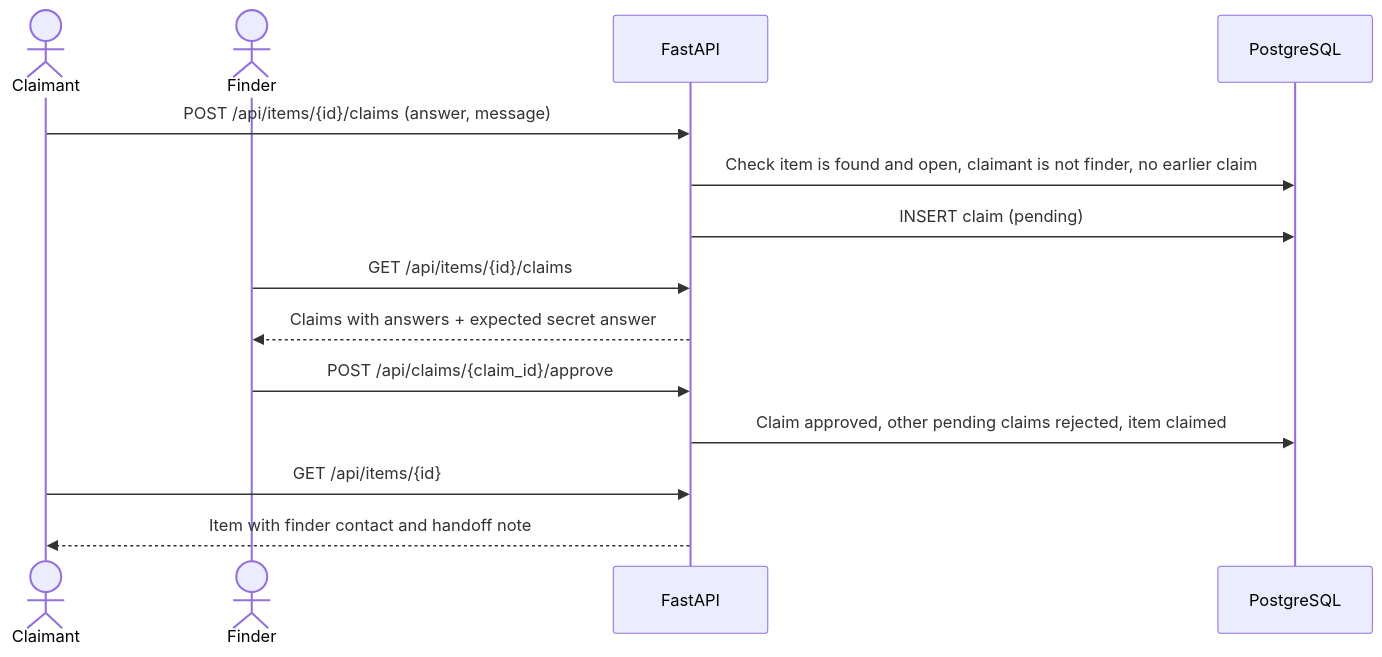
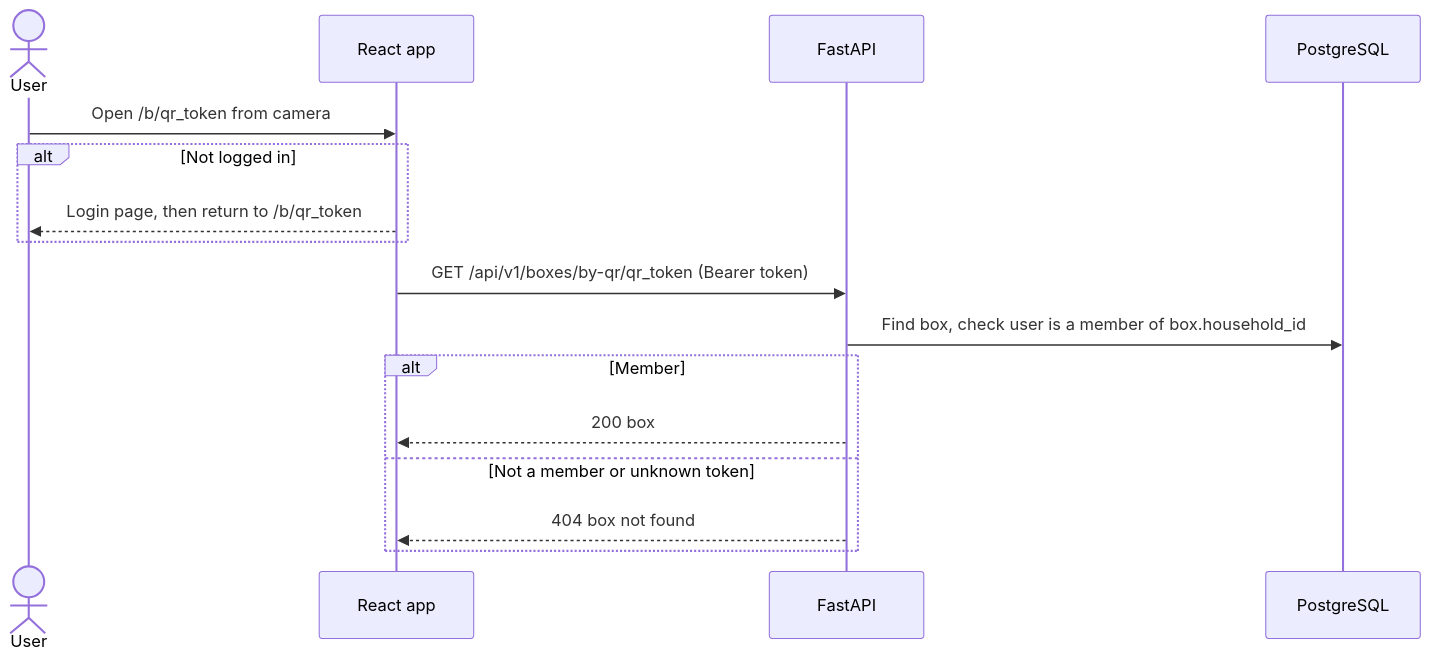
The fifth of 6 diagrams in docs/03-tdd.md (zarints05/2311933-S5-BoxBrain), drawn with Mermaid before and after one commit. The commit also changed other lines of this file and 9 other files, not shown here.

````diff
--- a/docs/03-tdd.md
+++ b/docs/03-tdd.md
@@ -112,16 +168,18 @@
 ```mermaid
 sequenceDiagram
-    actor C as Claimant
-    actor F as Finder
+    actor U as User
+    participant UI as React app
     participant API as FastAPI
     participant DB as PostgreSQL
-    C->>API: POST /api/items/{id}/claims (answer, message)
-    API->>DB: Check item is found and open, claimant is not finder, no earlier claim
-    API->>DB: INSERT claim (pending)
-    F->>API: GET /api/items/{id}/claims
-    API-->>F: Claims with answers + expected secret answer
-    F->>API: POST /api/claims/{claim_id}/approve
-    API->>DB: Claim approved, other pending claims rejected, item claimed
-    C->>API: GET /api/items/{id}
-    API-->>C: Item with finder contact and handoff note
+    U->>UI: Open /b/qr_token from camera
+    alt Not logged in
+        UI-->>U: Login page, then return to /b/qr_token
+    end
+    UI->>API: GET /api/v1/boxes/by-qr/qr_token (Bearer token)
+    API->>DB: Find box, check user is a member of box.household_id
+    alt Member
+        API-->>UI: 200 box
+    else Not a member or unknown token
+        API-->>UI: 404 box not found
+    end
 ```
````
